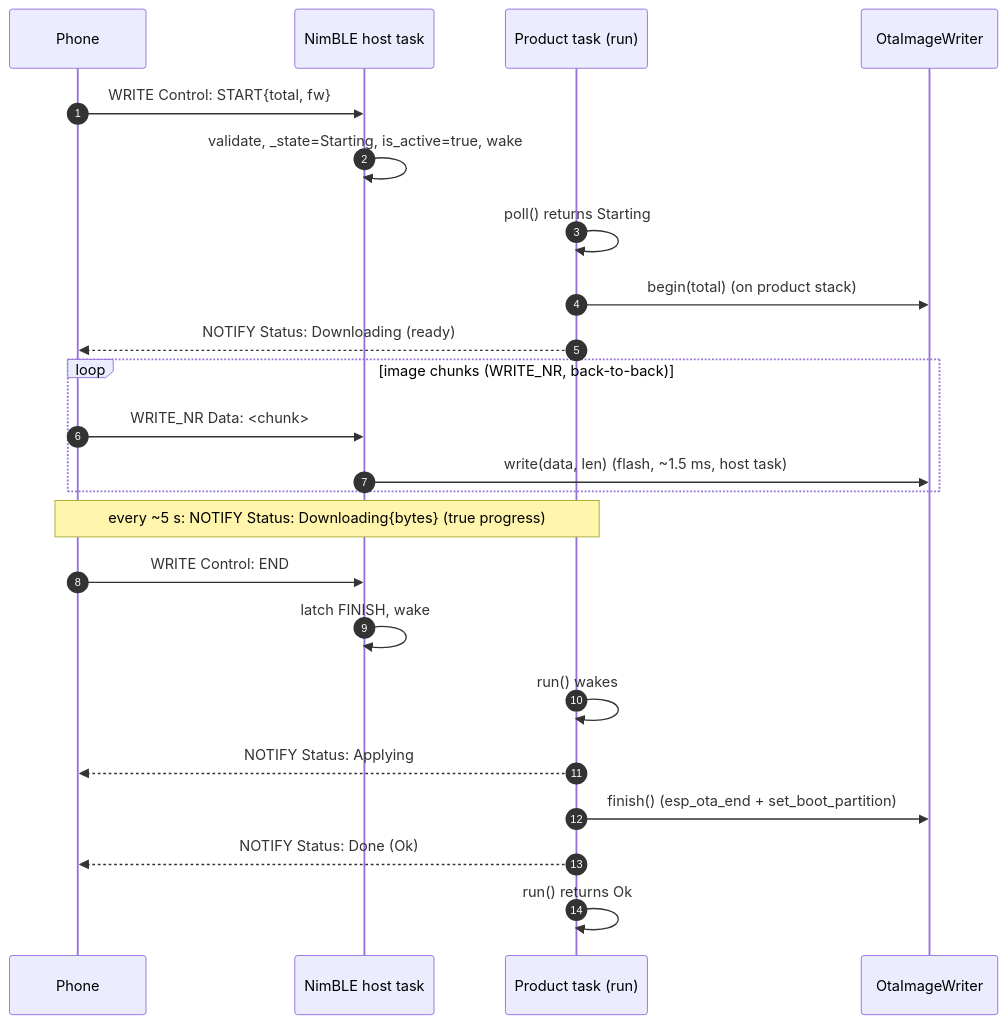
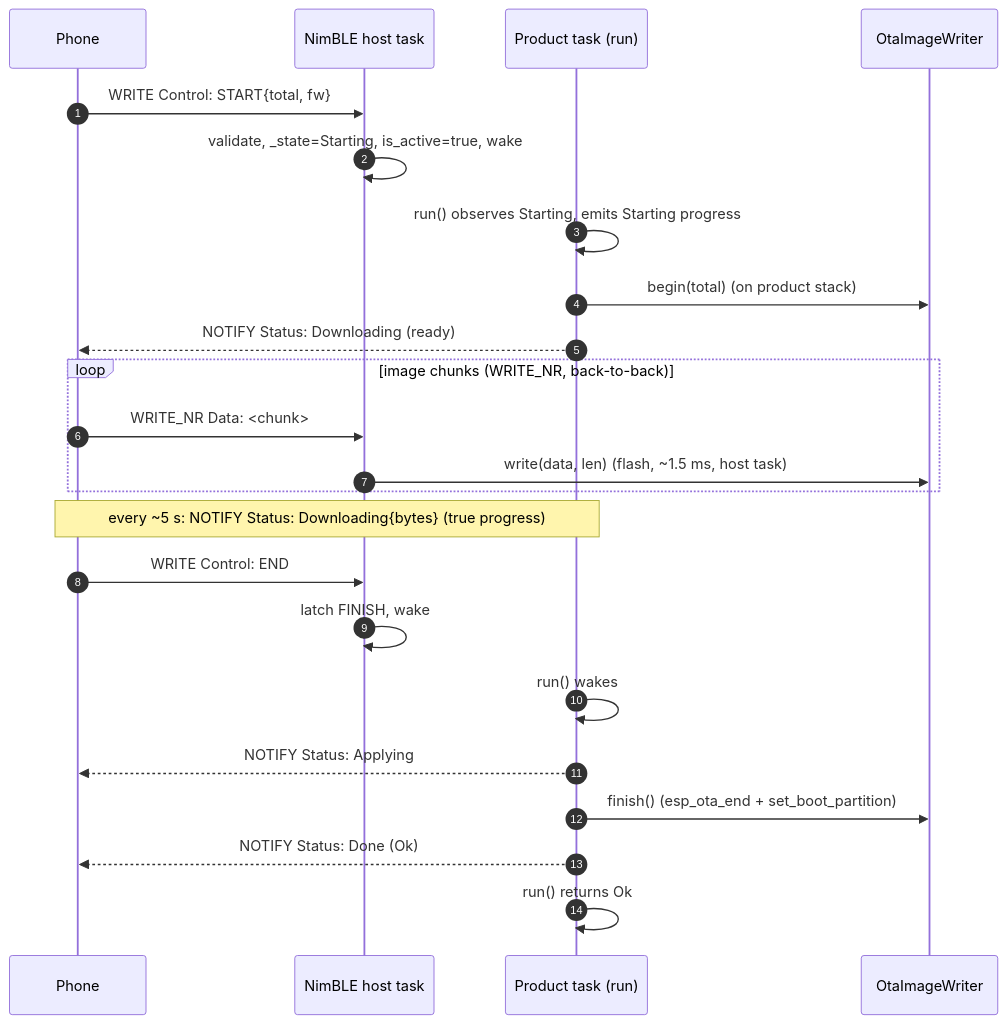
One commit to mattMRBH/firmware-core changed the second of 3 diagrams in components/airgradient-ota/spec-ble.md. Above: the diagram before and after it, drawn with Mermaid. The commit also changed other lines of this file and 7 other files, not shown here.

First line of the commit message:
feat(ota)!: merge OtaBleService poll() into run()

````diff
--- a/components/airgradient-ota/spec-ble.md
+++ b/components/airgradient-ota/spec-ble.md
@@ -214,26 +217,26 @@
 ```mermaid
 sequenceDiagram
     autonumber
     participant Ph as Phone
     participant CB as NimBLE host task
     participant PT as Product task (run)
     participant W as OtaImageWriter
 
     Ph->>CB: WRITE Control: START{total, fw}
     CB->>CB: validate, _state=Starting, is_active=true, wake
-    PT->>PT: poll() returns Starting
+    PT->>PT: run() observes Starting, emits Starting progress
     PT->>W: begin(total)  (on product stack)
     PT-->>Ph: NOTIFY Status: Downloading (ready)
     loop image chunks (WRITE_NR, back-to-back)
         Ph->>CB: WRITE_NR Data: <chunk>
         CB->>W: write(data, len)  (flash, ~1.5 ms, host task)
     end
     Note over PT,Ph: every ~5 s: NOTIFY Status: Downloading{bytes} (true progress)
     Ph->>CB: WRITE Control: END
     CB->>CB: latch FINISH, wake
     PT->>PT: run() wakes
     PT-->>Ph: NOTIFY Status: Applying
     PT->>W: finish()  (esp_ota_end + set_boot_partition)
     PT-->>Ph: NOTIFY Status: Done (Ok)
     PT->>PT: run() returns Ok
 ```
````
